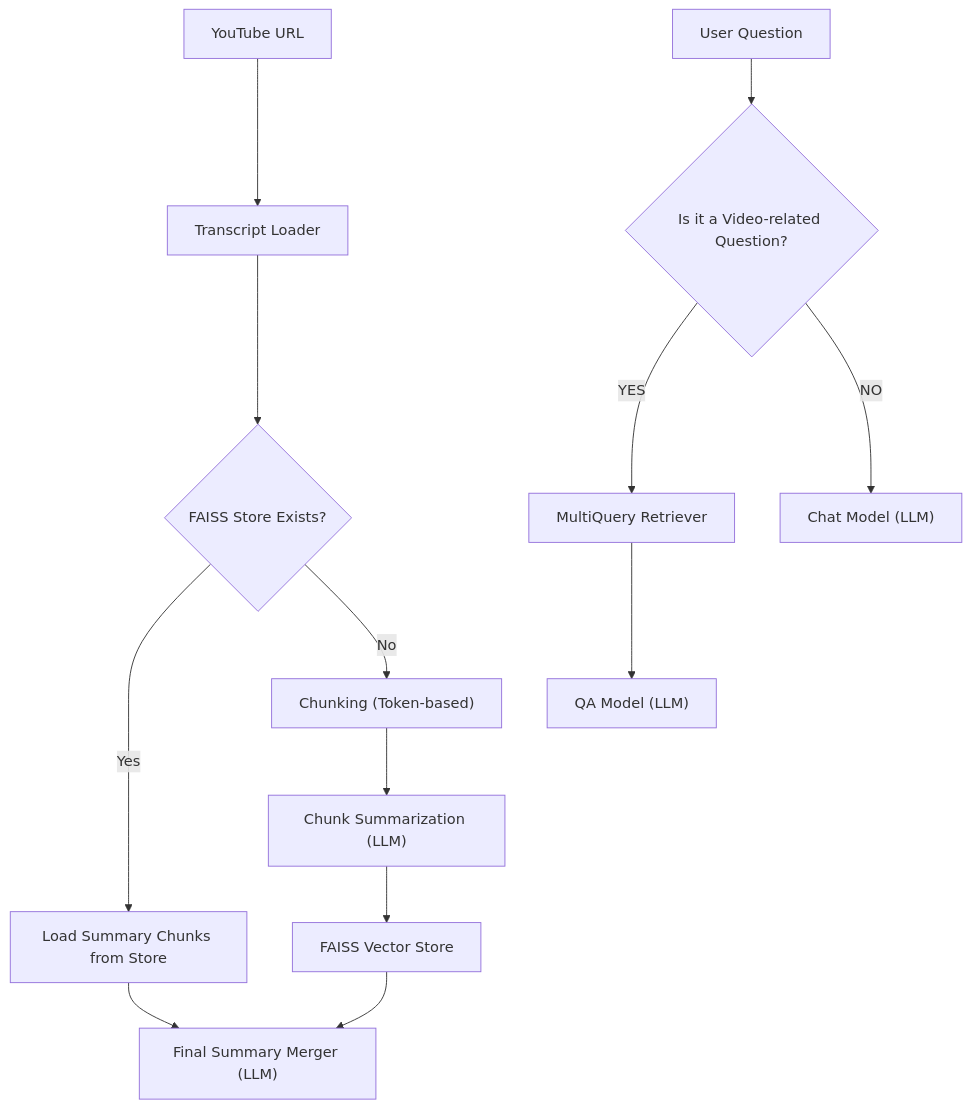
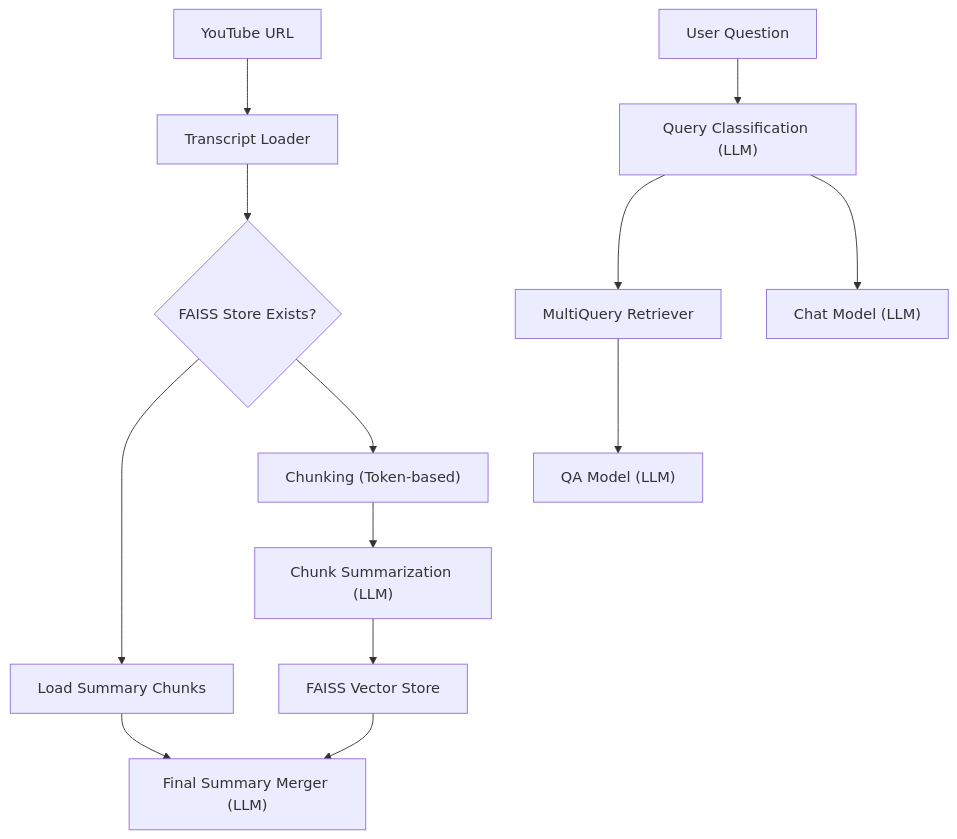
Before and after one commit to shubh586/GenAiGit: the diagram in YoutubeQASummary/README.md, drawn with Mermaid. The commit also changed other lines of this file, not shown here.

Commit message:
gdbd shayad tik hua

````diff
--- a/YoutubeQASummary/README.md
+++ b/YoutubeQASummary/README.md
@@ -42,16 +42,16 @@
 ```mermaid
 flowchart TD
     A["YouTube URL"] --> B["Transcript Loader"]
     B --> C{"FAISS Store Exists?"}
-    C -->|Yes| C1["Load Summary Chunks from Store"]
+    C --> C1["Load Summary Chunks"]
+    C --> D["Chunking (Token-based)"]
     C1 --> E["Final Summary Merger (LLM)"]
-    C -->|No| D["Chunking (Token-based)"]
     D --> E1["Chunk Summarization (LLM)"]
     E1 --> F["FAISS Vector Store"]
     F --> E
 
-    G["User Question"] --> H{"Is it a Video-related Question?"}
-    H -->|YES| I["MultiQuery Retriever"]
+    G["User Question"] --> H["Query Classification (LLM)"]
+    H --> I["MultiQuery Retriever"]
     I --> J["QA Model (LLM)"]
-    H -->|NO| K["Chat Model (LLM)"]
+    H --> K["Chat Model (LLM)"]
 ```
````
